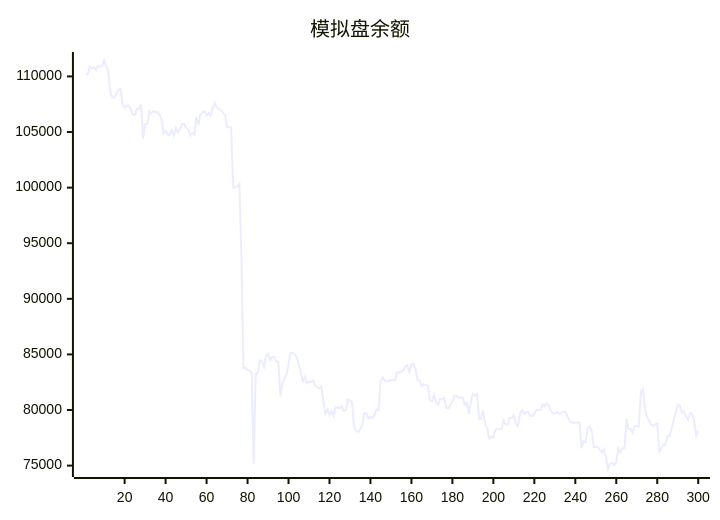
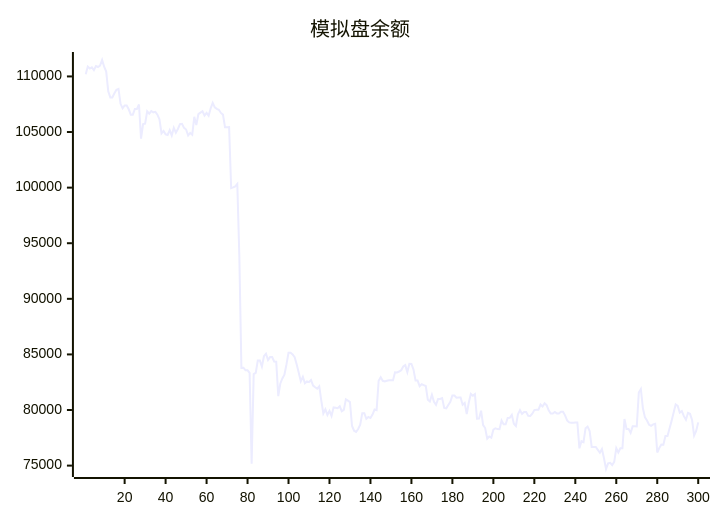
Before and after one commit to aahl/ai-trading: the diagram in README.md, drawn with Mermaid. The commit also changed other lines of this file and 1 other file, not shown here.

````diff
--- a/README.md
+++ b/README.md
@@ -5,5 +5,5 @@
 ```mermaid
 xychart
     title "模拟盘余额"
-    line [110198,110198,110890,110712,110812,110569,110929,110847,110968,111478,110870,110433,108661,108116,108115,108485,108797,108877,107536,107134,107393,107393,107046,106565,106565,107081,107081,107478,104404,105715,105749,106866,106651,106889,106771,106816,106565,106141,104876,105103,104796,104734,105169,104690,105380,104941,105272,105709,105739,105374,105227,104691,104924,104762,106364,105628,106608,106748,106872,106485,106721,106468,107132,107620,107224,107080,107001,106717,106567,105431,105431,105440,99950,100017,100113,100337,93749,83795,83807,83567,83567,83342,75168,83222,83336,84448,84449,83896,84839,85065,84499,84757,84757,84364,84347,81254,82385,82835,83184,84099,85150,85150,85002,84751,84096,83356,82582,82983,82404,82572,82512,82688,82200,82047,81920,82125,80840,79688,80060,79552,79920,79470,80236,80208,80170,80336,79894,80006,80954,80837,80712,78561,78139,78037,78293,78682,79720,79720,79214,79372,79279,79591,80046,79993,82625,82950,82626,82571,82633,82670,82670,82681,83386,83378,83464,83579,83920,84037,83402,84160,84142,83652,82655,82655,82145,82315,82243,82163,80934,80770,81371,80742,80468,80989,80989,81067,80191,80155,80450,80737,81309,81309,81106,81119,81119,80471,80631,79624,80670,81448,81290,81429,79212,79222,79940,78643,78380,77432,77623,77504,78235,78358,78284,78277,79048,78714,78714,79290,79308,79567,78763,78563,79603,79988,79652,79813,79813,79476,79469,79673,79995,80015,80015,80486,80314,80600,80436,79966,79689,79689,79819,79692,79692,79850,79850,79518,79071,78889,78850,78850,78878,78878,76554,77202,77103,78357,78510,78106,76678,76677,76672,76411,76159,76485,75656,74695,75197,75246,75052,75334,76564,76179,76553,76551,79196,78300,78300,77944,78531,78531,78521,81564,81884,80160,79335,79055,78675,78580,78708,78764,76179,76586,76902,76876,77658,77669,78346,79023,79769,80497,80366,79761,79896,79448,79126,79749,79658,79097,77695,78114]
+    line [110198,110890,110712,110812,110569,110929,110847,110968,111478,110870,110433,108661,108116,108115,108485,108797,108877,107536,107134,107393,107393,107046,106565,106565,107081,107081,107478,104404,105715,105749,106866,106651,106889,106771,106816,106565,106141,104876,105103,104796,104734,105169,104690,105380,104941,105272,105709,105739,105374,105227,104691,104924,104762,106364,105628,106608,106748,106872,106485,106721,106468,107132,107620,107224,107080,107001,106717,106567,105431,105431,105440,99950,100017,100113,100337,93749,83795,83807,83567,83567,83342,75168,83222,83336,84448,84449,83896,84839,85065,84499,84757,84757,84364,84347,81254,82385,82835,83184,84099,85150,85150,85002,84751,84096,83356,82582,82983,82404,82572,82512,82688,82200,82047,81920,82125,80840,79688,80060,79552,79920,79470,80236,80208,80170,80336,79894,80006,80954,80837,80712,78561,78139,78037,78293,78682,79720,79720,79214,79372,79279,79591,80046,79993,82625,82950,82626,82571,82633,82670,82670,82681,83386,83378,83464,83579,83920,84037,83402,84160,84142,83652,82655,82655,82145,82315,82243,82163,80934,80770,81371,80742,80468,80989,80989,81067,80191,80155,80450,80737,81309,81309,81106,81119,81119,80471,80631,79624,80670,81448,81290,81429,79212,79222,79940,78643,78380,77432,77623,77504,78235,78358,78284,78277,79048,78714,78714,79290,79308,79567,78763,78563,79603,79988,79652,79813,79813,79476,79469,79673,79995,80015,80015,80486,80314,80600,80436,79966,79689,79689,79819,79692,79692,79850,79850,79518,79071,78889,78850,78850,78878,78878,76554,77202,77103,78357,78510,78106,76678,76677,76672,76411,76159,76485,75656,74695,75197,75246,75052,75334,76564,76179,76553,76551,79196,78300,78300,77944,78531,78531,78521,81564,81884,80160,79335,79055,78675,78580,78708,78764,76179,76586,76902,76876,77658,77669,78346,79023,79769,80497,80366,79761,79896,79448,79126,79749,79658,79097,77695,78114,78888]
 ```
````
